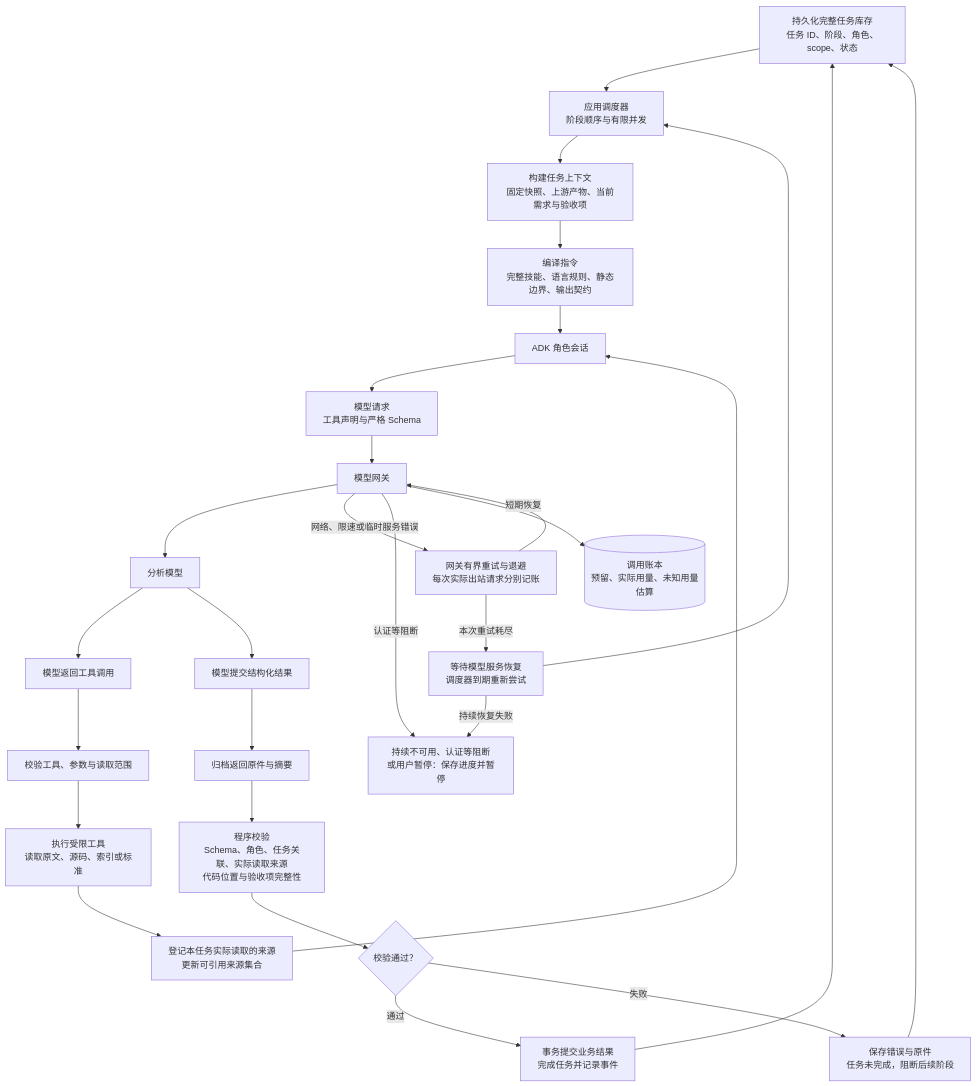
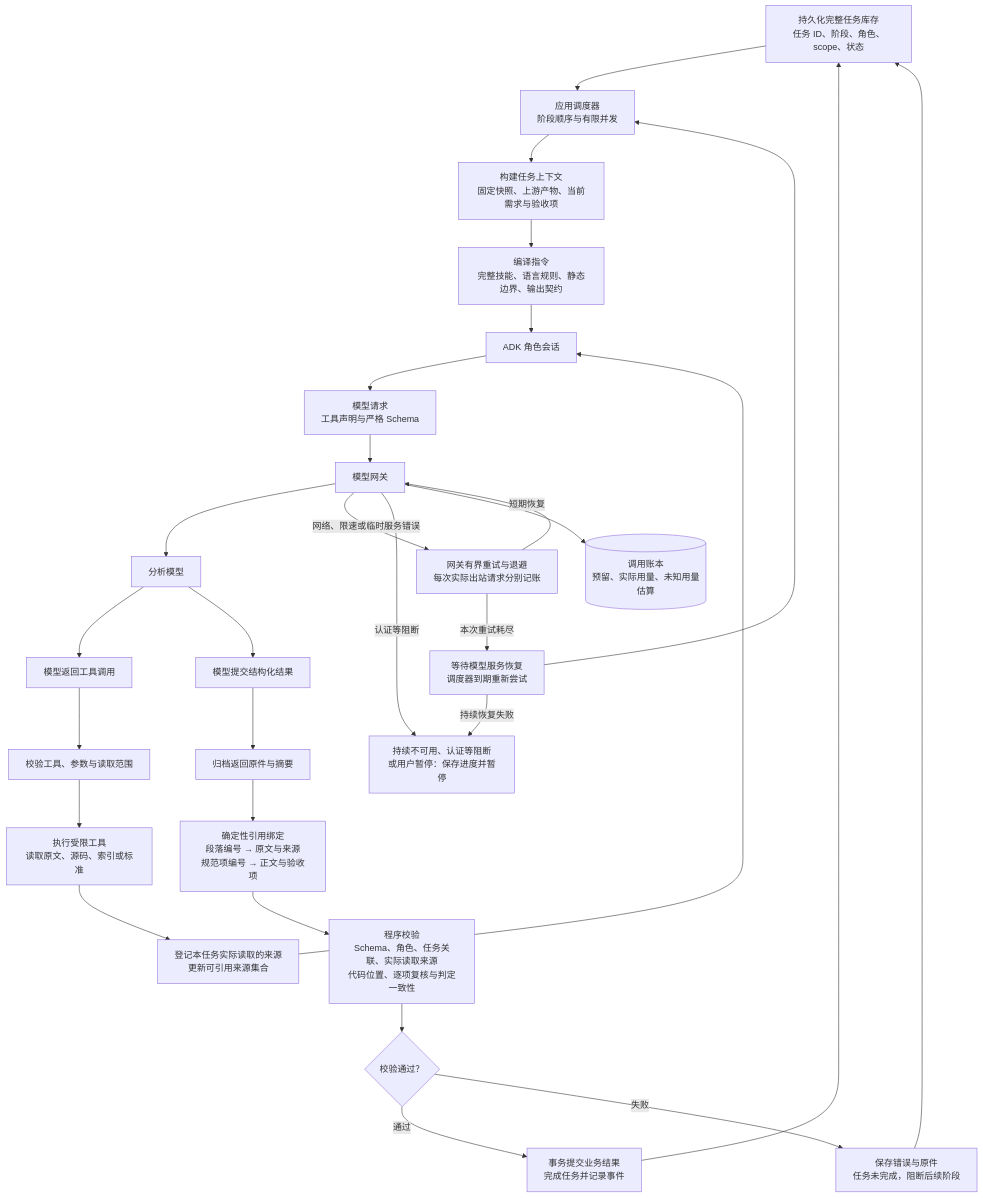
Before and after one commit to devB2433/PAthena: the fifth of 7 diagrams in README.md, drawn with Mermaid. The commit also changed other lines of this file and 45 other files, not shown here.

````diff
--- a/README.md
+++ b/README.md
@@ -311,52 +311,54 @@
 ```mermaid
 flowchart TB
     TASKS["持久化完整任务库存<br/>任务 ID、阶段、角色、scope、状态"]
     SCHED["应用调度器<br/>阶段顺序与有限并发"]
     CONTEXT["构建任务上下文<br/>固定快照、上游产物、当前需求与验收项"]
     PROMPT["编译指令<br/>完整技能、语言规则、静态边界、输出契约"]
     SESSION["ADK 角色会话"]
     REQUEST["模型请求<br/>工具声明与严格 Schema"]
     GATEWAY["模型网关"]
     MODEL["分析模型"]
     TOOLCALL["模型返回工具调用"]
     TOOLCHECK["校验工具、参数与读取范围"]
     READ["执行受限工具<br/>读取原文、源码、索引或标准"]
     READLOG["登记本任务实际读取的来源<br/>更新可引用来源集合"]
     SUBMIT["模型提交结构化结果"]
     ARCHIVE["归档返回原件与摘要"]
-    CHECK["程序校验<br/>Schema、角色、任务关联、实际读取来源<br/>代码位置与验收项完整性"]
+    REFERENCE["确定性引用绑定<br/>段落编号 → 原文与来源<br/>规范项编号 → 正文与验收项"]
+    CHECK["程序校验<br/>Schema、角色、任务关联、实际读取来源<br/>代码位置、逐项复核与判定一致性"]
     VALID{"校验通过？"}
     COMMIT["事务提交业务结果<br/>完成任务并记录事件"]
     FAIL["保存错误与原件<br/>任务未完成，阻断后续阶段"]
     RETRY["网关有界重试与退避<br/>每次实际出站请求分别记账"]
     WAIT["等待模型服务恢复<br/>调度器到期重新尝试"]
     PAUSE["持续不可用、认证等阻断<br/>或用户暂停：保存进度并暂停"]
     LEDGER[("调用账本<br/>预留、实际用量、未知用量估算")]
     TASKS --> SCHED
     SCHED --> CONTEXT
     CONTEXT --> PROMPT
     PROMPT --> SESSION
     SESSION --> REQUEST
     REQUEST --> GATEWAY
     GATEWAY --> MODEL
     MODEL --> TOOLCALL
     TOOLCALL --> TOOLCHECK
     TOOLCHECK --> READ
     READ --> READLOG
     READLOG --> SESSION
     MODEL --> SUBMIT
     SUBMIT --> ARCHIVE
-    ARCHIVE --> CHECK
+    ARCHIVE --> REFERENCE
+    REFERENCE --> CHECK
     CHECK --> VALID
     VALID -->|"通过"| COMMIT
     COMMIT --> TASKS
     VALID -->|"失败"| FAIL
     FAIL --> TASKS
     GATEWAY -->|"网络、限速或临时服务错误"| RETRY
     RETRY -->|"短期恢复"| GATEWAY
     RETRY -->|"本次重试耗尽"| WAIT
     WAIT --> SCHED
     WAIT -->|"持续恢复失败"| PAUSE
     GATEWAY -->|"认证等阻断"| PAUSE
     GATEWAY --> LEDGER
 ```
````
